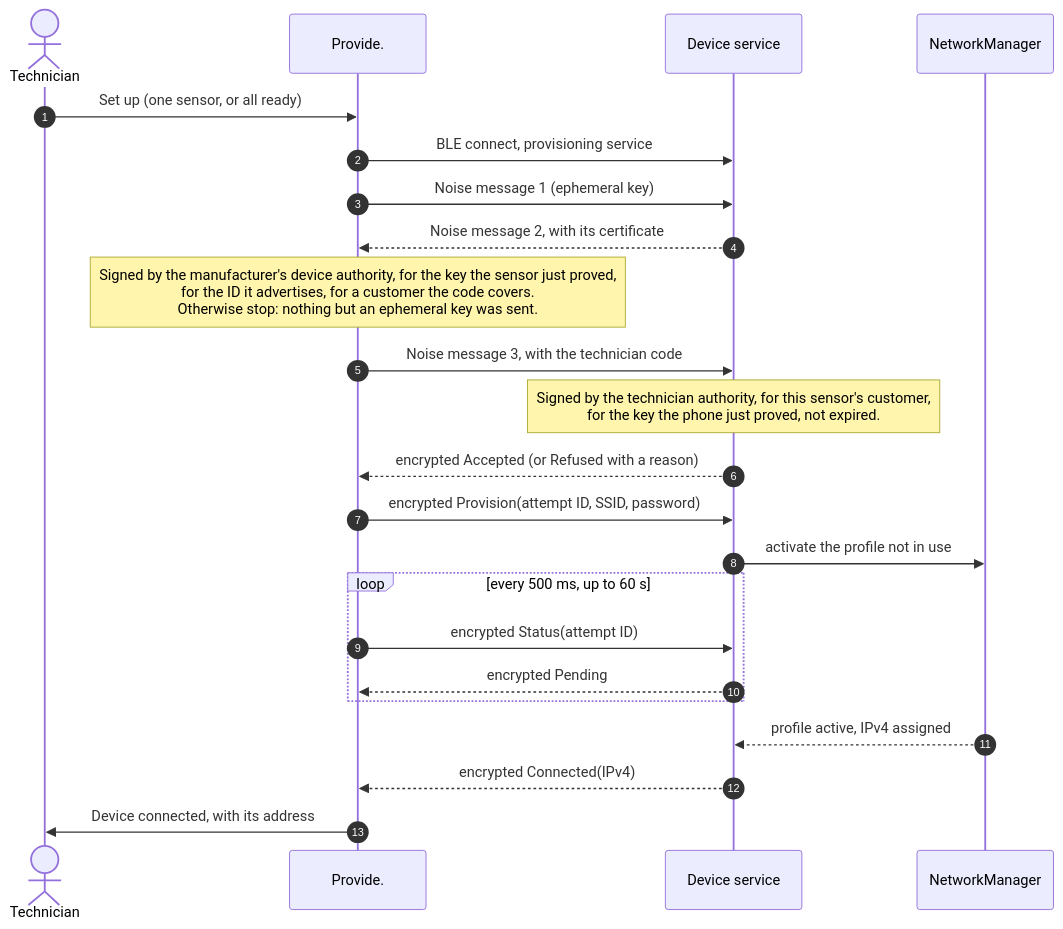
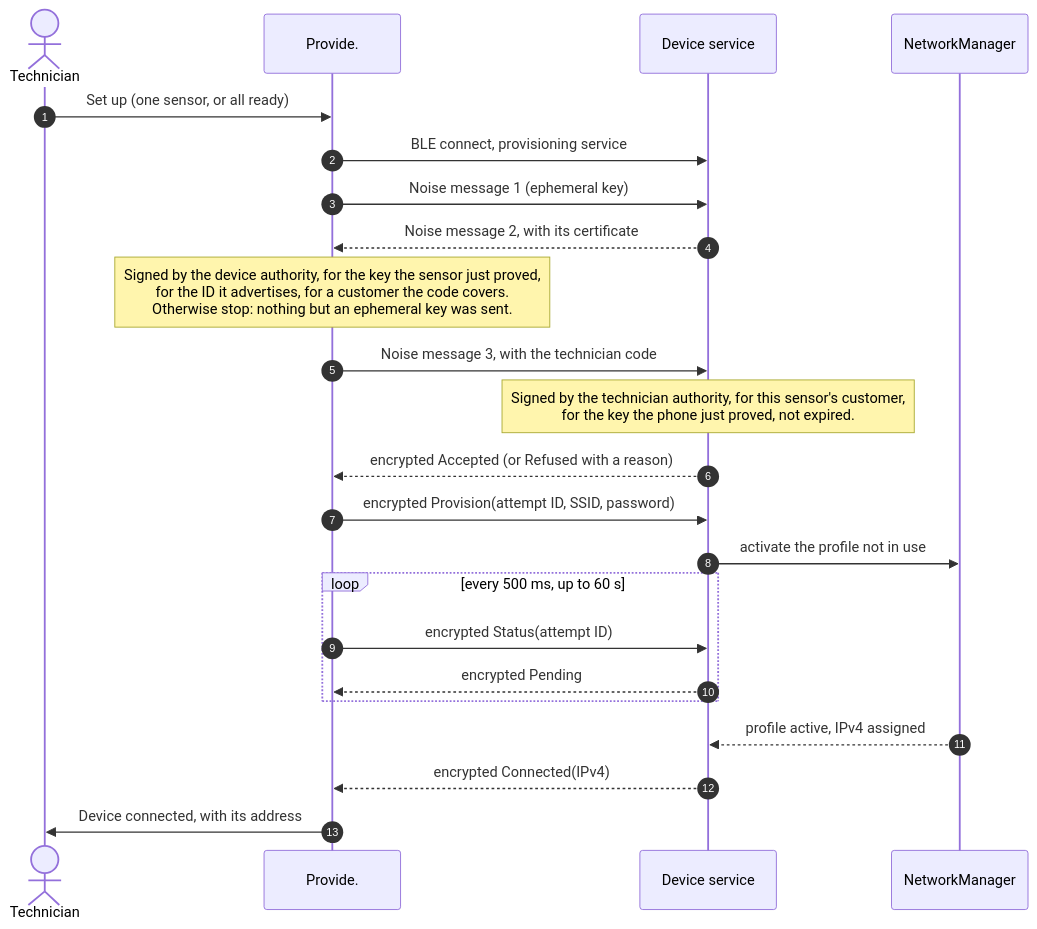
Before and after one commit to NoeBrt/Teton-Provide: the second of 3 diagrams in docs/ARCHITECTURE.md, drawn with Mermaid. The commit also changed other lines of this file and 20 other files, not shown here.

````diff
--- a/docs/ARCHITECTURE.md
+++ b/docs/ARCHITECTURE.md
@@ -79,25 +79,25 @@
 ```mermaid
 sequenceDiagram
     autonumber
     actor T as Technician
     participant P as Provide.
     participant D as Device service
     participant N as NetworkManager
     T->>P: Set up (one sensor, or all ready)
     P->>D: BLE connect, provisioning service
     P->>D: Noise message 1 (ephemeral key)
     D-->>P: Noise message 2, with its certificate
-    Note over P: Signed by the manufacturer's device authority, for the key the sensor just proved,<br/>for the ID it advertises, for a customer the code covers.<br/>Otherwise stop: nothing but an ephemeral key was sent.
+    Note over P: Signed by the device authority, for the key the sensor just proved,<br/>for the ID it advertises, for a customer the code covers.<br/>Otherwise stop: nothing but an ephemeral key was sent.
     P->>D: Noise message 3, with the technician code
     Note over D: Signed by the technician authority, for this sensor's customer,<br/>for the key the phone just proved, not expired.
     D-->>P: encrypted Accepted (or Refused with a reason)
     P->>D: encrypted Provision(attempt ID, SSID, password)
     D->>N: activate the profile not in use
     loop every 500 ms, up to 60 s
         P->>D: encrypted Status(attempt ID)
         D-->>P: encrypted Pending
     end
     N-->>D: profile active, IPv4 assigned
     D-->>P: encrypted Connected(IPv4)
     P->>T: Device connected, with its address
 ```
````
